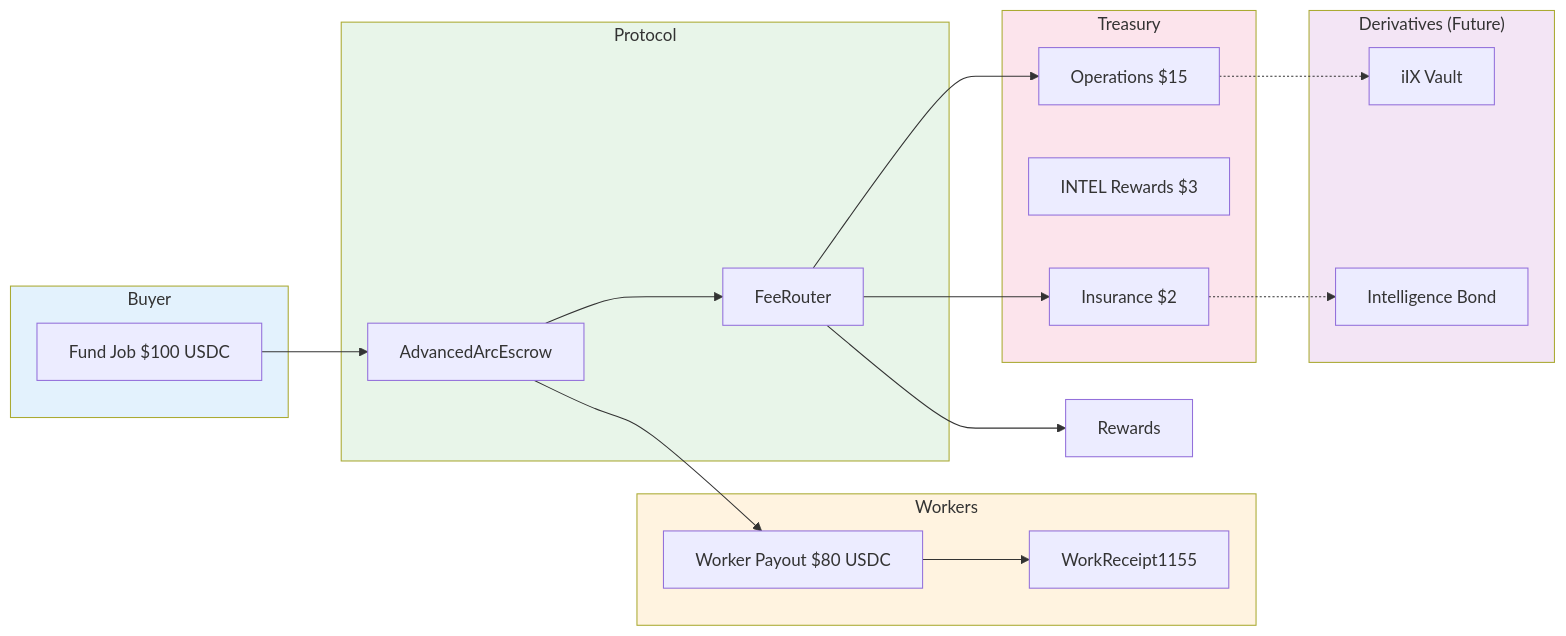
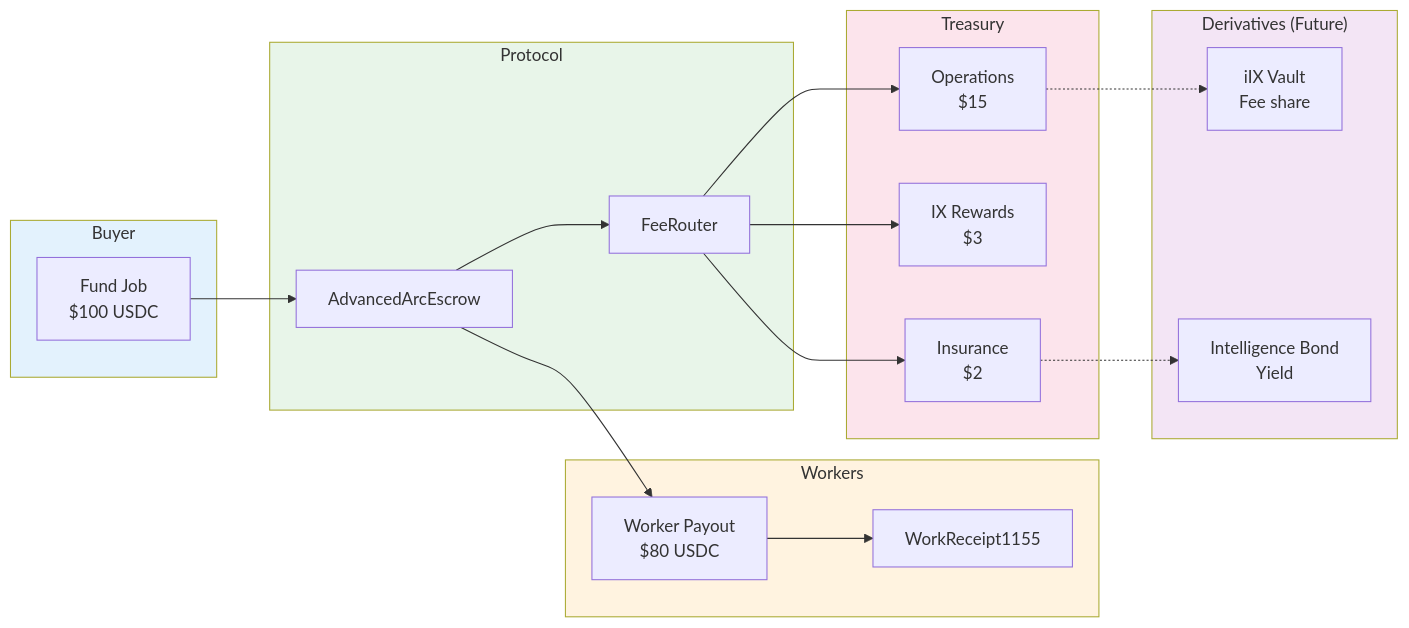
The fourth of 4 diagrams in docs/architecture/intelligence-derivatives-evolution.md (chimera-defi/ethglobal-cannes-2026-intelligence-exchange), drawn with Mermaid before and after one commit. The commit also changed other lines of this file and 2 other files, not shown here.

First line of the commit message:
docs: add architecture diagrams for data flows and tokenization [Agent: Kimi Code CLI]

````diff
--- a/docs/architecture/intelligence-derivatives-evolution.md
+++ b/docs/architecture/intelligence-derivatives-evolution.md
@@ -157,43 +155,43 @@
 ```mermaid
 flowchart LR
     subgraph Buyer["Buyer"]
-        Fund["Fund Job $100 USDC"]
+        Fund["Fund Job<br/>$100 USDC"]
     end
 
     subgraph Protocol["Protocol"]
         Escrow["AdvancedArcEscrow"]
         FeeRouter["FeeRouter"]
     end
 
     subgraph Workers["Workers"]
-        Payout["Worker Payout $80 USDC"]
-        WR["WorkReceipt1155"]
+        Payout["Worker Payout<br/>$80 USDC"]
+        Receipt["WorkReceipt1155"]
     end
 
     subgraph Treasury["Treasury"]
-        Ops["Operations $15"]
-        Rew["INTEL Rewards $3"]
-        Insurance["Insurance $2"]
+        Ops["Operations<br/>$15"]
+        Rewards["IX Rewards<br/>$3"]
+        Insurance["Insurance<br/>$2"]
     end
 
     subgraph Derivatives["Derivatives (Future)"]
-        Vault["iIX Vault"]
-        Bond["Intelligence Bond"]
+        Vault["iIX Vault<br/>Fee share"]
+        Bond["Intelligence Bond<br/>Yield"]
     end
 
     Fund --> Escrow --> Payout
     Escrow --> FeeRouter
     FeeRouter --> Ops
     FeeRouter --> Rewards
     FeeRouter --> Insurance
-    Payout --> WR
+    Payout --> Receipt
     
     Ops -.-> Vault
     Insurance -.-> Bond
 
     style Buyer fill:#e3f2fd
     style Protocol fill:#e8f5e9
     style Workers fill:#fff3e0
     style Treasury fill:#fce4ec
     style Derivatives fill:#f3e5f5
 ```
````
